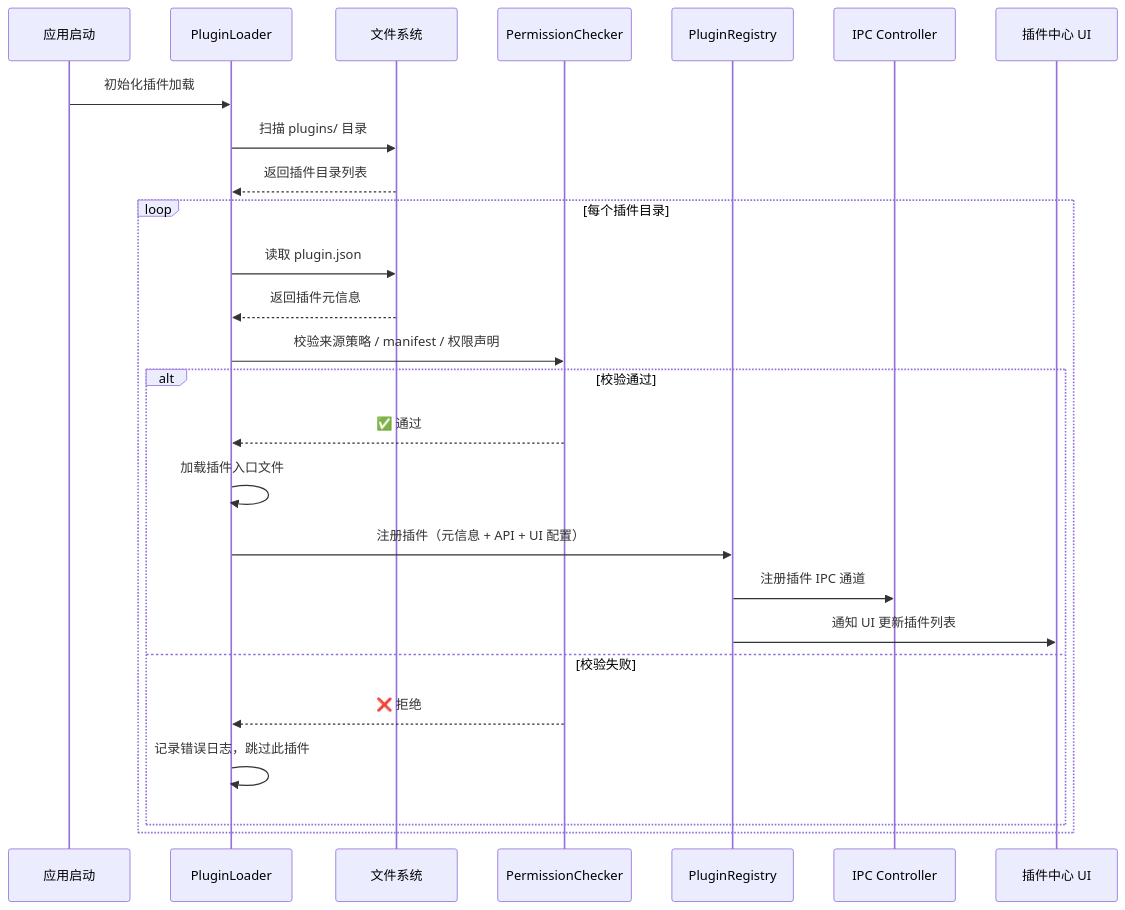
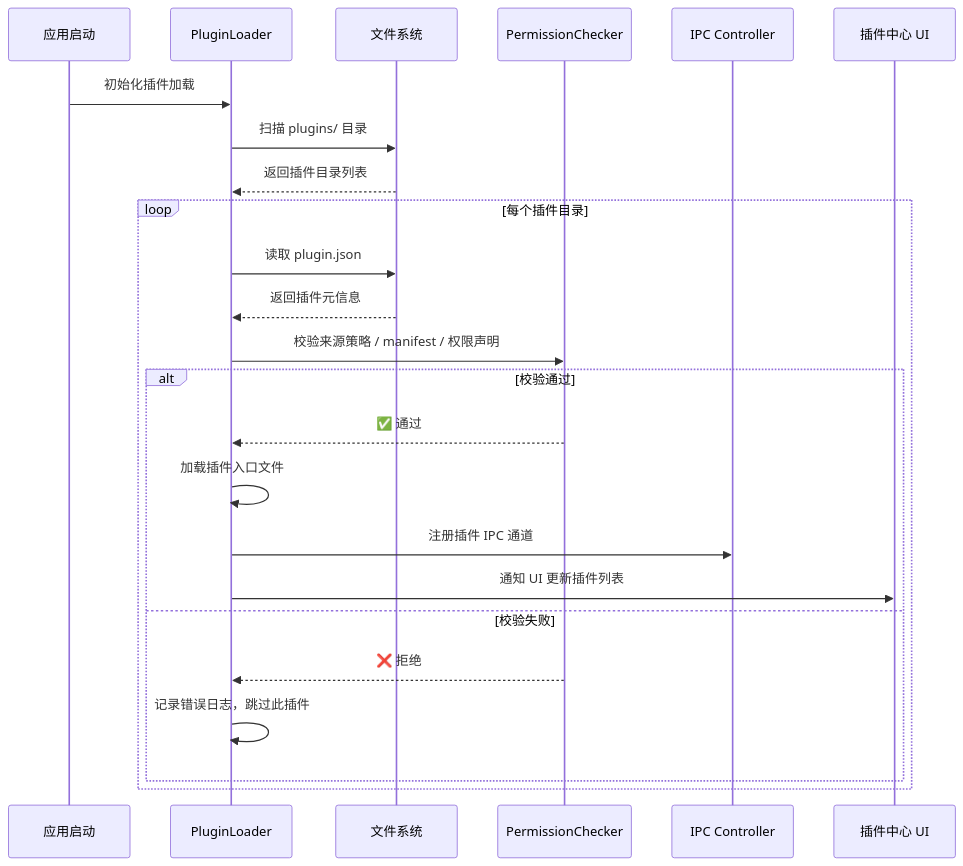
The third of 9 diagrams in docs/architecture.md (Oracle0703/yclaw), drawn with Mermaid before and after one commit. The commit also changed other lines of this file and 29 other files, not shown here.

````diff
--- a/docs/architecture.md
+++ b/docs/architecture.md
@@ -158,31 +171,29 @@
 ```mermaid
 sequenceDiagram
     participant App as 应用启动
     participant PL as PluginLoader
     participant FS as 文件系统
     participant PC as PermissionChecker
-    participant PR as PluginRegistry
     participant IPC as IPC Controller
     participant UI as 插件中心 UI
 
     App->>PL: 初始化插件加载
     PL->>FS: 扫描 plugins/ 目录
     FS-->>PL: 返回插件目录列表
 
     loop 每个插件目录
         PL->>FS: 读取 plugin.json
         FS-->>PL: 返回插件元信息
 
         PL->>PC: 校验来源策略 / manifest / 权限声明
         alt 校验通过
             PC-->>PL: ✅ 通过
             PL->>PL: 加载插件入口文件
-            PL->>PR: 注册插件（元信息 + API + UI 配置）
-            PR->>IPC: 注册插件 IPC 通道
-            PR->>UI: 通知 UI 更新插件列表
+            PL->>IPC: 注册插件 IPC 通道
+            PL->>UI: 通知 UI 更新插件列表
         else 校验失败
             PC-->>PL: ❌ 拒绝
             PL->>PL: 记录错误日志，跳过此插件
         end
     end
 ```
````
